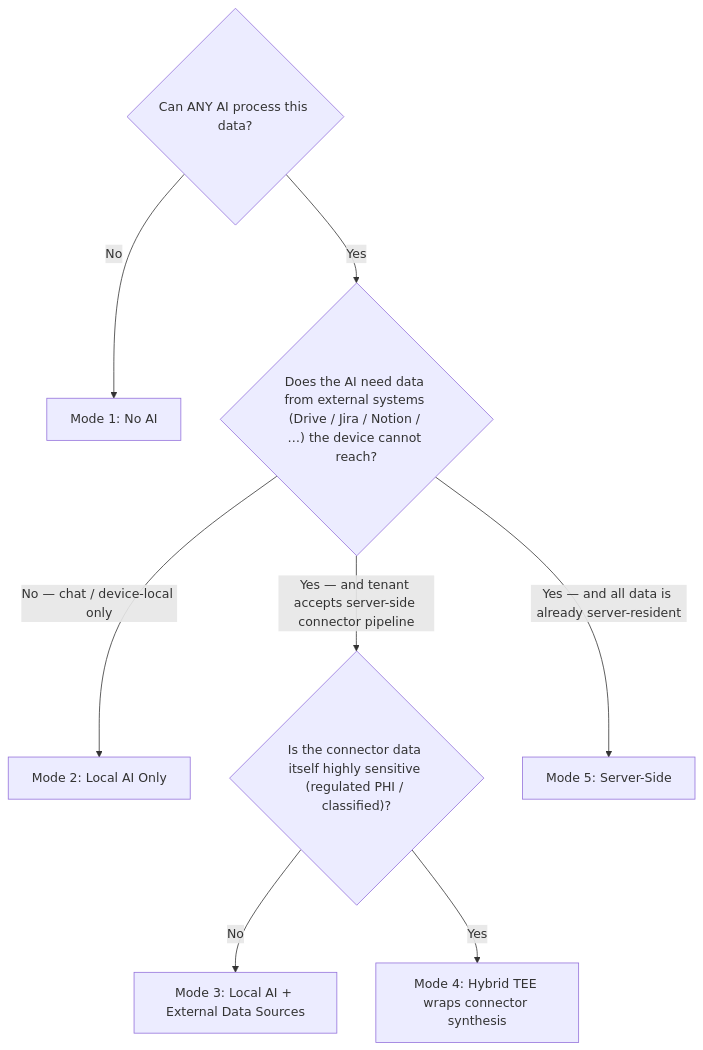
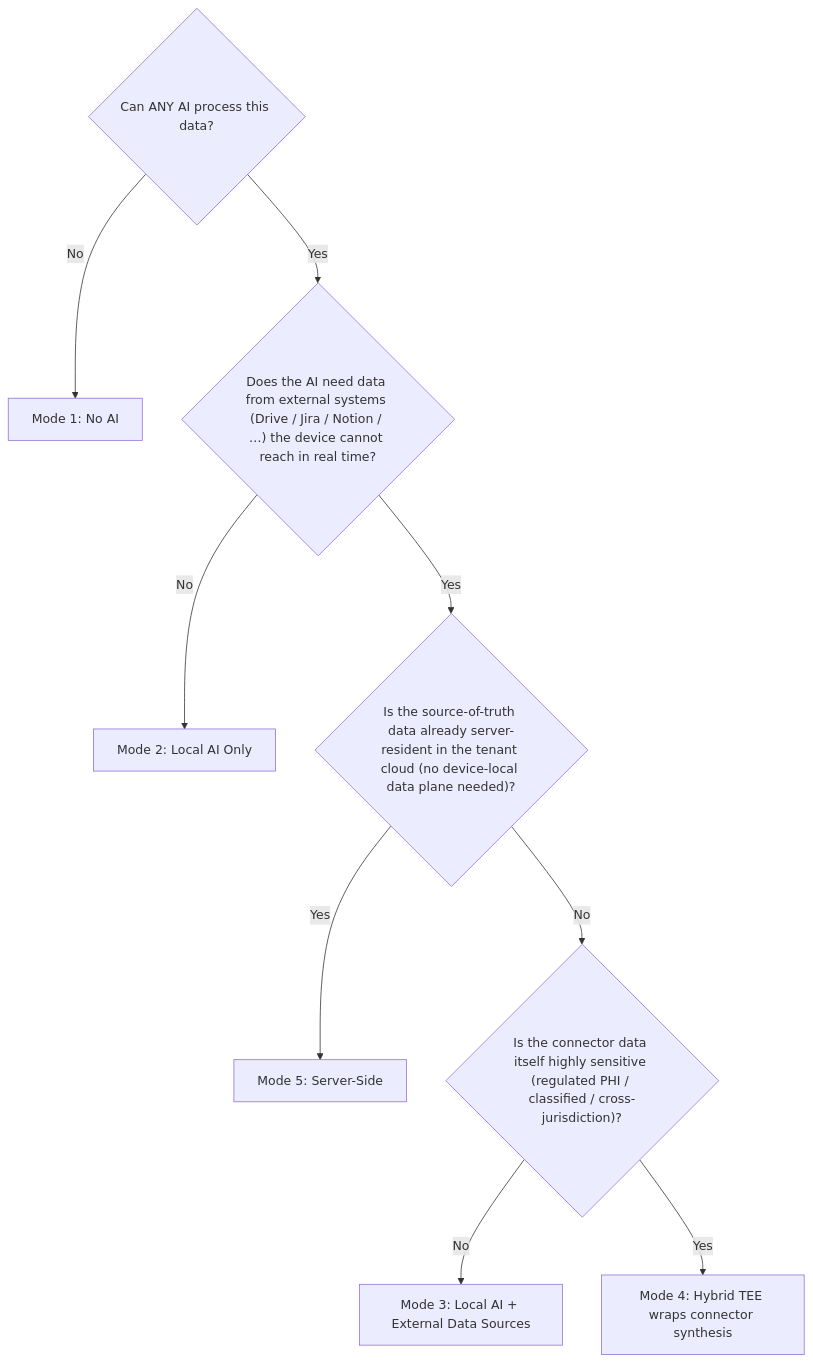
The third of 3 diagrams in blog/ai-privacy-spectrum-across-industries.md (kennguy3n/knowledge), drawn with Mermaid before and after one commit.

Commit message:
docs(blog): split decision tree into strictly binary nodes

````diff
--- a/blog/ai-privacy-spectrum-across-industries.md
+++ b/blog/ai-privacy-spectrum-across-industries.md
@@ -391,11 +391,12 @@
 ```mermaid
 flowchart TD
     Q1{"Can ANY AI process this data?"}
     Q1 -->|No| M1["Mode 1: No AI"]
-    Q1 -->|Yes| Q2{"Does the AI need data from external systems (Drive / Jira / Notion / …) the device cannot reach?"}
-    Q2 -->|No — chat / device-local only| M2["Mode 2: Local AI Only"]
-    Q2 -->|Yes — and tenant accepts server-side connector pipeline| Q3{"Is the connector data itself highly sensitive (regulated PHI / classified)?"}
-    Q3 -->|No| M3["Mode 3: Local AI + External Data Sources"]
-    Q3 -->|Yes| M4["Mode 4: Hybrid TEE wraps connector synthesis"]
-    Q2 -->|Yes — and all data is already server-resident| M5["Mode 5: Server-Side"]
+    Q1 -->|Yes| Q2{"Does the AI need data from external systems (Drive / Jira / Notion / …) the device cannot reach in real time?"}
+    Q2 -->|No| M2["Mode 2: Local AI Only"]
+    Q2 -->|Yes| Q3{"Is the source-of-truth data already server-resident in the tenant cloud (no device-local data plane needed)?"}
+    Q3 -->|Yes| M5["Mode 5: Server-Side"]
+    Q3 -->|No| Q4{"Is the connector data itself highly sensitive (regulated PHI / classified / cross-jurisdiction)?"}
+    Q4 -->|No| M3["Mode 3: Local AI + External Data Sources"]
+    Q4 -->|Yes| M4["Mode 4: Hybrid TEE wraps connector synthesis"]
 ```
````
